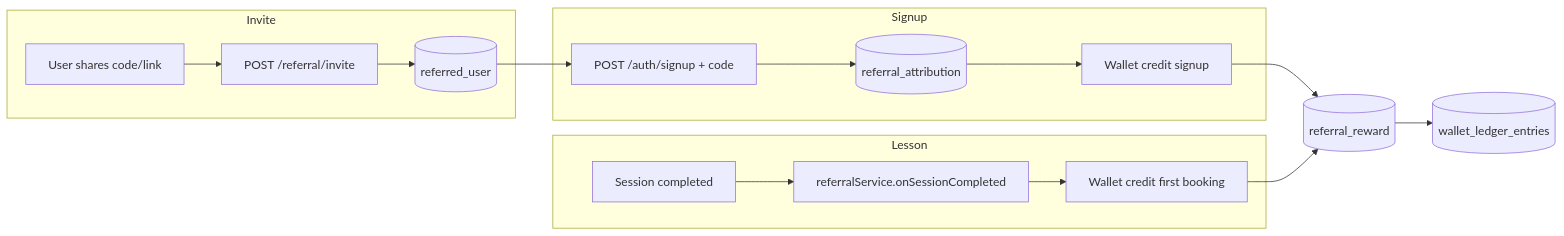
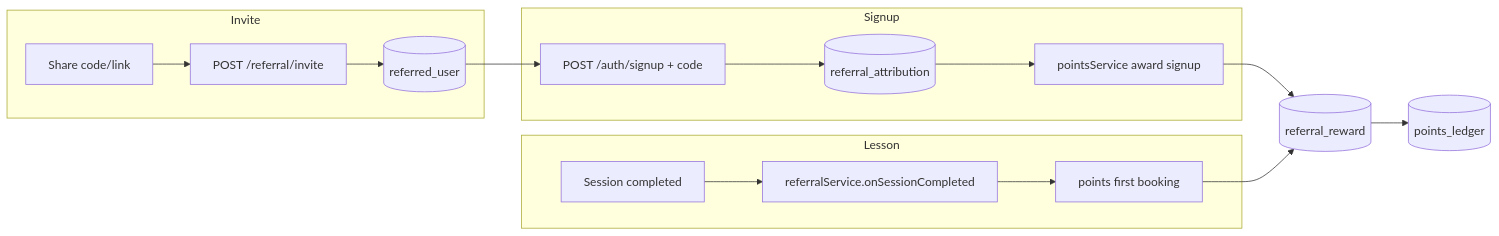
Before and after one commit to itnetqwix/netqwix-backend: the diagram in docs/REFERRAL_SYSTEM.md, drawn with Mermaid. The commit also changed other lines of this file and 43 other files, not shown here.

First line of the commit message:
feat: implement points system and promo code enhancements

````diff
--- a/docs/REFERRAL_SYSTEM.md
+++ b/docs/REFERRAL_SYSTEM.md
@@ -41,19 +29,19 @@
 ```mermaid
 flowchart LR
   subgraph invite [Invite]
-    A[User shares code/link] --> B[POST /referral/invite]
+    A[Share code/link] --> B[POST /referral/invite]
     B --> C[(referred_user)]
   end
   subgraph signup [Signup]
     D[POST /auth/signup + code] --> E[(referral_attribution)]
-    E --> F[Wallet credit signup]
+    E --> F[pointsService award signup]
   end
   subgraph lesson [Lesson]
     G[Session completed] --> H[referralService.onSessionCompleted]
-    H --> I[Wallet credit first booking]
+    H --> I[points first booking]
   end
   C --> D
   F --> J[(referral_reward)]
   I --> J
-  J --> K[(wallet_ledger_entries)]
+  J --> K[(points_ledger)]
 ```
````
